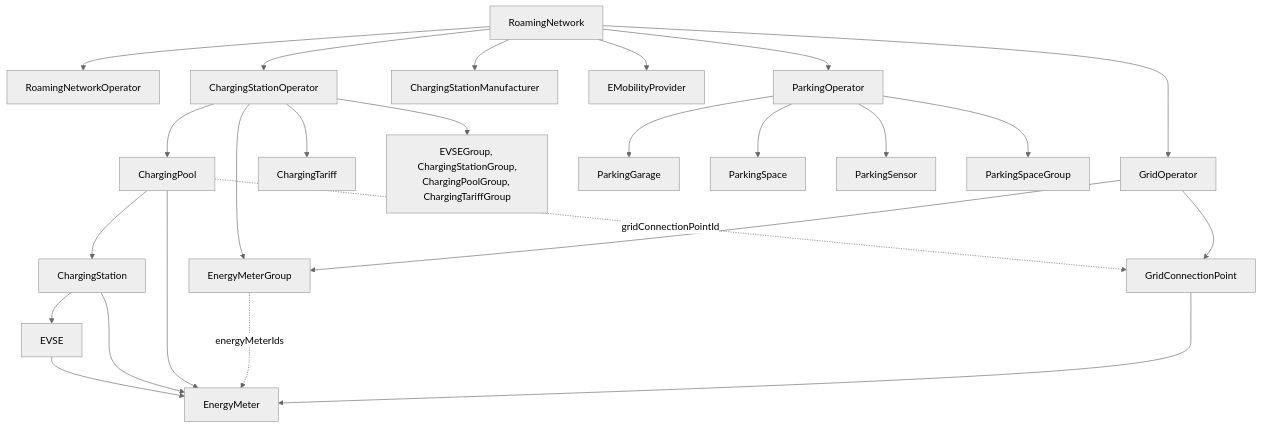
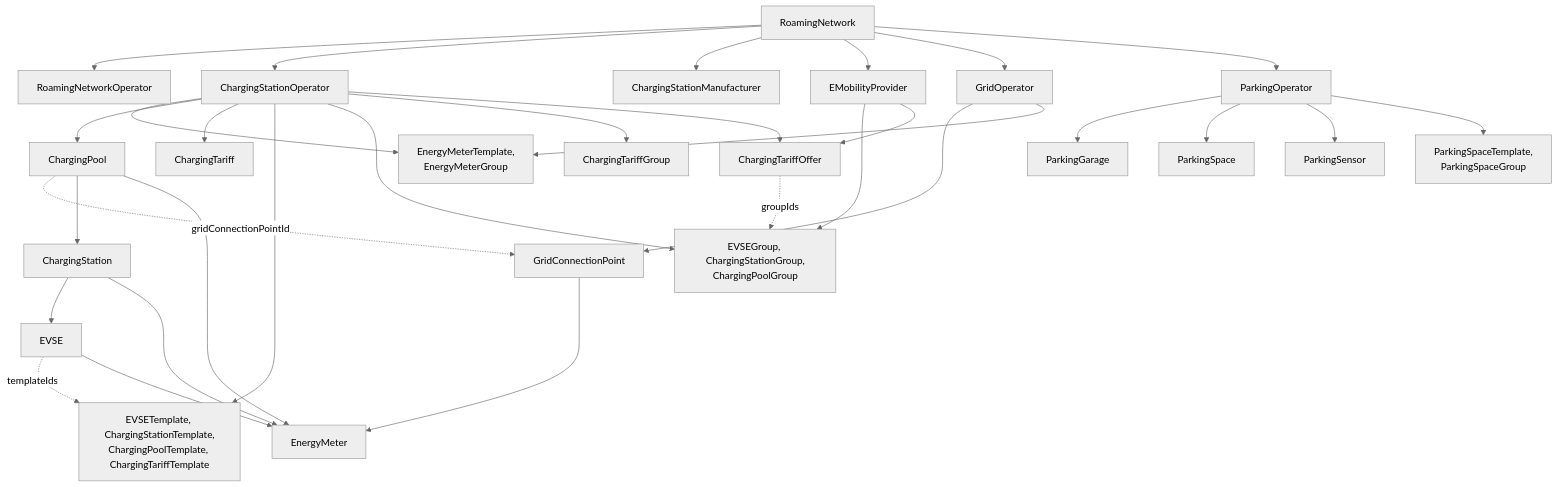
One commit to OpenChargingCloud/WWCP_POI changed the diagram in docs/README.md. Above: the diagram before and after it, drawn with Mermaid (neutral theme). The commit also changed other lines of this file and 25 other files, not shown here.

````diff
--- a/docs/README.md
+++ b/docs/README.md
@@ -13,27 +13,33 @@
 ```mermaid
 flowchart TD
     RoamingNetwork --> RoamingNetworkOperator
     RoamingNetwork --> ChargingStationOperator
     RoamingNetwork --> ChargingStationManufacturer
     RoamingNetwork --> EMobilityProvider
     RoamingNetwork --> GridOperator
     RoamingNetwork --> ParkingOperator
     GridOperator --> GridConnectionPoint
     GridConnectionPoint --> EnergyMeter
-    GridOperator --> EnergyMeterGroup
-    ChargingStationOperator --> EnergyMeterGroup
-    EnergyMeterGroup -. energyMeterIds .-> EnergyMeter
+    GridOperator --> MeterTemplatesGroups["EnergyMeterTemplate,<br/>EnergyMeterGroup"]
+    ChargingStationOperator --> MeterTemplatesGroups
     ChargingPool -. gridConnectionPointId .-> GridConnectionPoint
     ChargingStationOperator --> ChargingPool
     ChargingStationOperator --> ChargingTariff
-    ChargingStationOperator --> Groups["EVSEGroup, ChargingStationGroup,<br/>ChargingPoolGroup, ChargingTariffGroup"]
+    ChargingStationOperator --> Templates["EVSETemplate, ChargingStationTemplate,<br/>ChargingPoolTemplate, ChargingTariffTemplate"]
+    ChargingStationOperator --> Groups["EVSEGroup, ChargingStationGroup,<br/>ChargingPoolGroup"]
+    ChargingStationOperator --> ChargingTariffGroup
+    ChargingStationOperator --> ChargingTariffOffer
+    EMobilityProvider --> Groups
+    EMobilityProvider --> ChargingTariffOffer
+    ChargingTariffOffer -. groupIds .-> Groups
+    EVSE -. templateIds .-> Templates
     ChargingPool --> ChargingStation
     ChargingStation --> EVSE
     ChargingPool --> EnergyMeter
     ChargingStation --> EnergyMeter
     EVSE --> EnergyMeter
     ParkingOperator --> ParkingGarage
     ParkingOperator --> ParkingSpace
     ParkingOperator --> ParkingSensor
-    ParkingOperator --> ParkingSpaceGroup
+    ParkingOperator --> ParkingTemplatesGroups["ParkingSpaceTemplate,<br/>ParkingSpaceGroup"]
 ```
````
